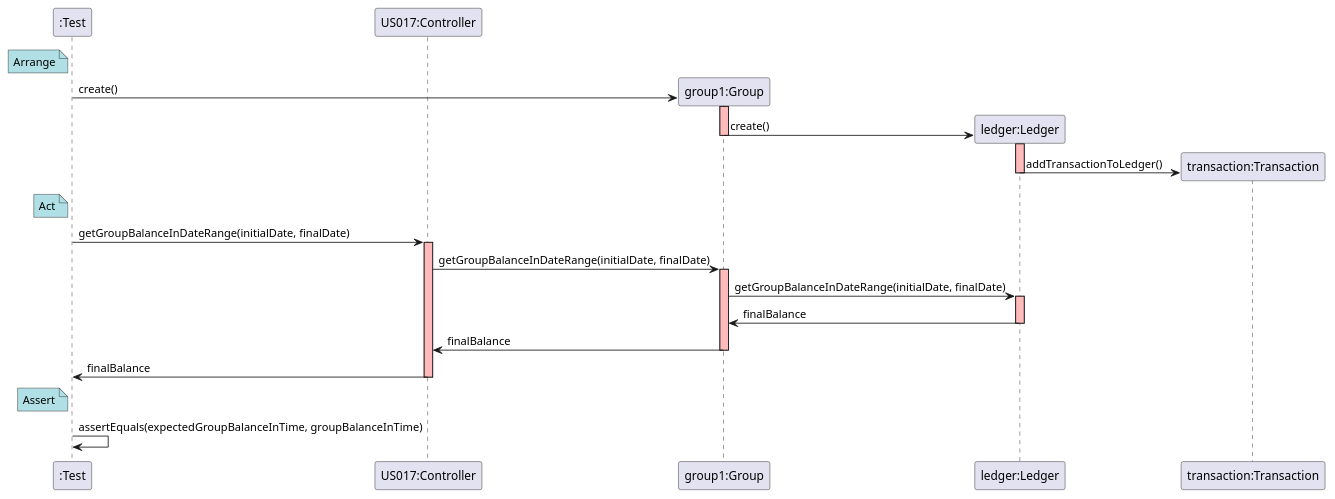
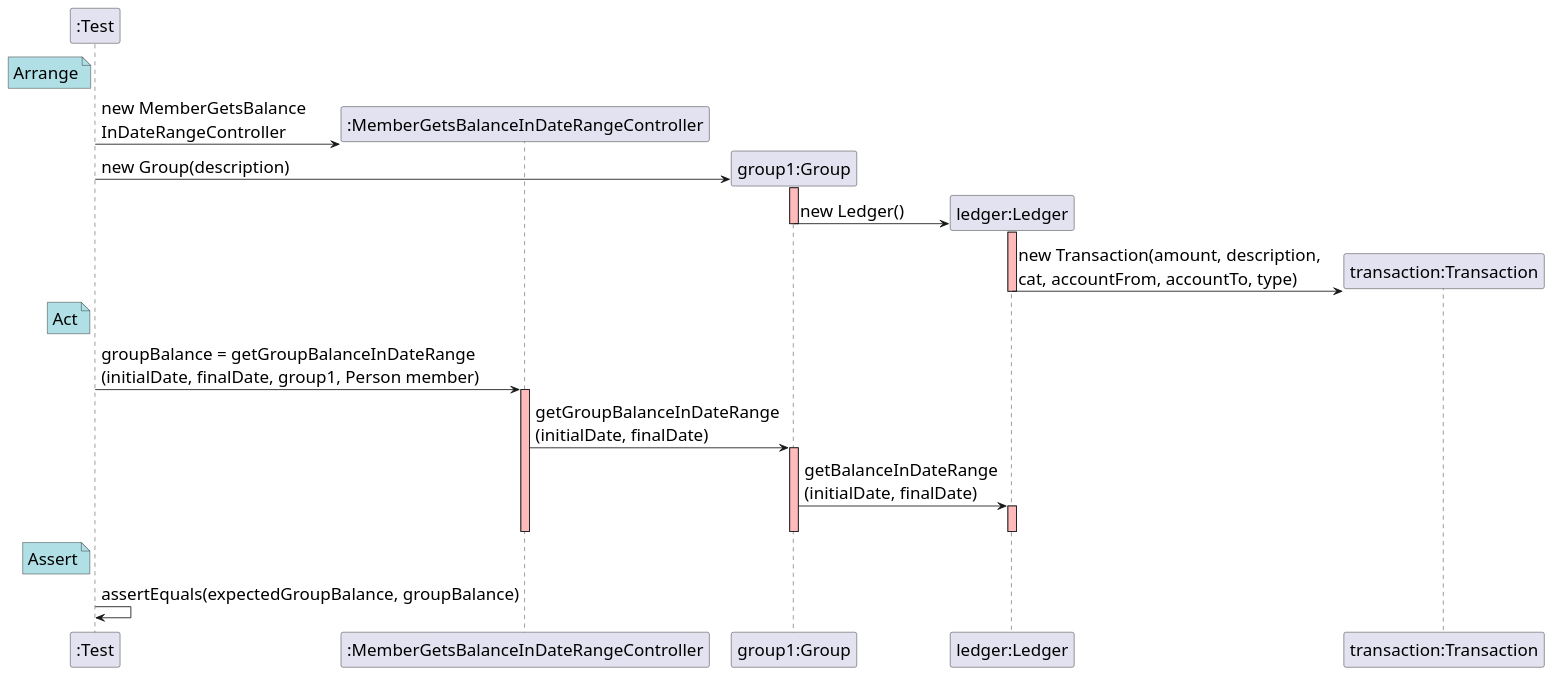
One commit to mleitaoribeiro/DevOpsMaven changed the diagram in docs/SequenceDiagram - US018.puml. Above: the diagram before and after it, drawn with PlantUML. The commit also changed 2 other files, not shown here.

```diff
--- a/docs/SequenceDiagram - US018.puml
+++ b/docs/SequenceDiagram - US018.puml
@@ -1,45 +1,49 @@
- @startuml
+@startuml
+
+skinparam DefaultFontSize 20
+
 create ":Test"
 
 note left of ":Test" #powderblue
 	Arrange
 end note
-create "US017:Controller"
+create ":MemberGetsBalanceInDateRangeController"
+":Test" -> ":MemberGetsBalanceInDateRangeController" : new MemberGetsBalance\nInDateRangeController
 
 create "group1:Group"
-":Test" -> "group1:Group" : create()
+":Test" -> "group1:Group" : new Group(description)
 activate "group1:Group" #FFBBBB
 
 create "ledger:Ledger"
-"group1:Group" -> "ledger:Ledger" : create()
+"group1:Group" -> "ledger:Ledger" : new Ledger()
 deactivate "group1:Group"
 activate "ledger:Ledger" #FFBBBB
 
 create "transaction:Transaction"
-"ledger:Ledger" -> "transaction:Transaction" : addTransactionToLedger()
+"ledger:Ledger" -> "transaction:Transaction" : new Transaction(amount, description, \ncat, accountFrom, accountTo, type)
 deactivate "ledger:Ledger"
 
 note left of ":Test" #powderblue
 	Act
 end note
 
-":Test" -> "US017:Controller" : getGroupBalanceInDateRange(initialDate, finalDate)
-activate "US017:Controller" #FFBBBB
-"US017:Controller" -> "group1:Group": getGroupBalanceInDateRange(initialDate, finalDate)
+":Test" -> ":MemberGetsBalanceInDateRangeController" : groupBalance = getGroupBalanceInDateRange\n(initialDate, finalDate, group1, Person member)
+activate ":MemberGetsBalanceInDateRangeController" #FFBBBB
+
+":MemberGetsBalanceInDateRangeController" -> "group1:Group": getGroupBalanceInDateRange\n(initialDate, finalDate)
 activate "group1:Group" #FFBBBB
-"group1:Group" -> "ledger:Ledger": getGroupBalanceInDateRange(initialDate, finalDate)
+
+"group1:Group" -> "ledger:Ledger": getBalanceInDateRange\n(initialDate, finalDate)
 activate "ledger:Ledger" #FFBBBB
-"ledger:Ledger" -> "group1:Group" : finalBalance
+
 deactivate "ledger:Ledger"
-"group1:Group" -> "US017:Controller" : finalBalance
 deactivate "group1:Group"
-"US017:Controller" -> ":Test" : finalBalance
-deactivate "US017:Controller"
+deactivate ":MemberGetsBalanceInDateRangeController"
 
 note left of ":Test" #powderblue
 	Assert
 end note
 
-":Test" -> ":Test" : assertEquals(expectedGroupBalanceInTime, groupBalanceInTime)
+":Test" -> ":Test" : assertEquals(expectedGroupBalance, groupBalance)
 
 @enduml
```
